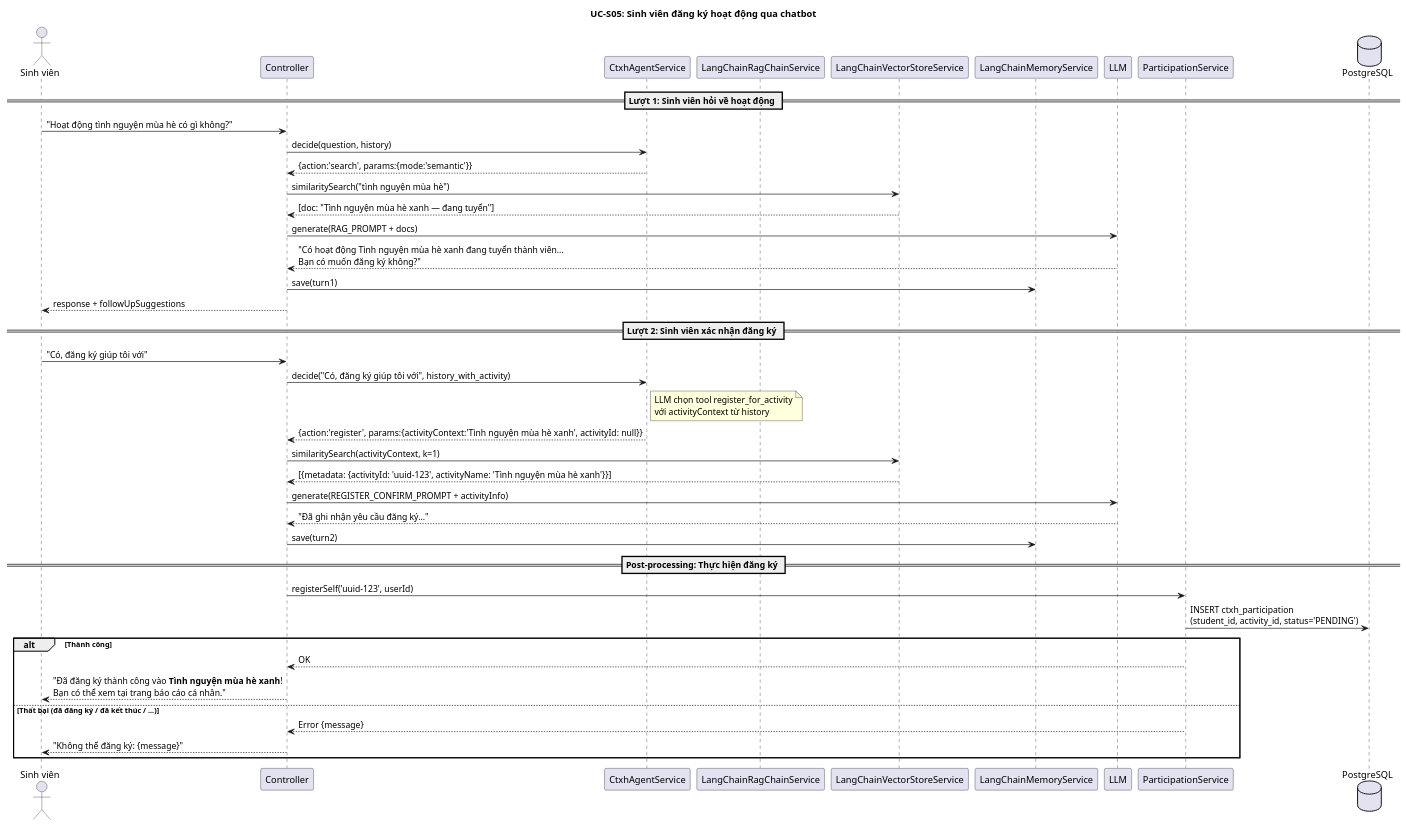
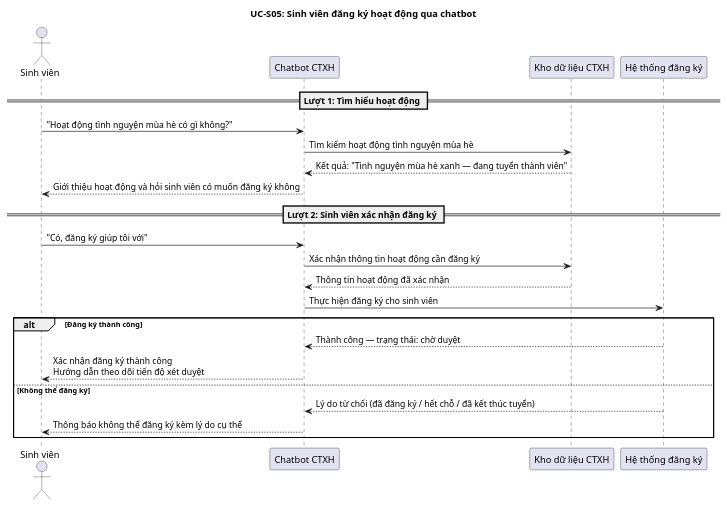
Before and after one commit to Suyq017/doanhoi-portal: the third of 10 diagrams in mechanism/Duy/chatbot/CHATBOT_FLOW_DOCUMENTATION.md, drawn with PlantUML. The commit also changed other lines of this file and 43 other files, not shown here.

````diff
--- a/mechanism/Duy/chatbot/CHATBOT_FLOW_DOCUMENTATION.md
+++ b/mechanism/Duy/chatbot/CHATBOT_FLOW_DOCUMENTATION.md
@@ -347,53 +241,31 @@
 ```plantuml
 @startuml Student_Register_Sequence
 title UC-S05: Sinh viên đăng ký hoạt động qua chatbot
 
 actor "Sinh viên" as S
-participant "Controller" as C
-participant "CtxhAgentService" as Agent
-participant "LangChainRagChainService" as RAG
-participant "LangChainVectorStoreService" as VS
-participant "LangChainMemoryService" as Mem
-participant "LLM" as LLM
-participant "ParticipationService" as PS
-database "PostgreSQL" as DB
+participant "Chatbot CTXH" as Bot
+participant "Kho dữ liệu CTXH" as Data
+participant "Hệ thống đăng ký" as Reg
 
-== Lượt 1: Sinh viên hỏi về hoạt động ==
-S -> C: "Hoạt động tình nguyện mùa hè có gì không?"
-C -> Agent: decide(question, history)
-Agent --> C: {action:'search', params:{mode:'semantic'}}
-C -> VS: similaritySearch("tình nguyện mùa hè")
-VS --> C: [doc: "Tình nguyện mùa hè xanh — đang tuyển"]
-C -> LLM: generate(RAG_PROMPT + docs)
-LLM --> C: "Có hoạt động Tình nguyện mùa hè xanh đang tuyển thành viên...\nBạn có muốn đăng ký không?"
-C -> Mem: save(turn1)
-C --> S: response + followUpSuggestions
+== Lượt 1: Tìm hiểu hoạt động ==
+S -> Bot: "Hoạt động tình nguyện mùa hè có gì không?"
+Bot -> Data: Tìm kiếm hoạt động tình nguyện mùa hè
+Data --> Bot: Kết quả: "Tình nguyện mùa hè xanh — đang tuyển thành viên"
+Bot --> S: Giới thiệu hoạt động và hỏi sinh viên có muốn đăng ký không
 
 == Lượt 2: Sinh viên xác nhận đăng ký ==
-S -> C: "Có, đăng ký giúp tôi với"
-C -> Agent: decide("Có, đăng ký giúp tôi với", history_with_activity)
-note right of Agent
-  LLM chọn tool register_for_activity
-  với activityContext từ history
-end note
-Agent --> C: {action:'register', params:{activityContext:'Tình nguyện mùa hè xanh', activityId: null}}
+S -> Bot: "Có, đăng ký giúp tôi với"
+Bot -> Data: Xác nhận thông tin hoạt động cần đăng ký
+Data --> Bot: Thông tin hoạt động đã xác nhận
+Bot -> Reg: Thực hiện đăng ký cho sinh viên
 
-C -> VS: similaritySearch(activityContext, k=1)
-VS --> C: [{metadata: {activityId: 'uuid-123', activityName: 'Tình nguyện mùa hè xanh'}}]
-C -> LLM: generate(REGISTER_CONFIRM_PROMPT + activityInfo)
-LLM --> C: "Đã ghi nhận yêu cầu đăng ký..."
-C -> Mem: save(turn2)
-
-== Post-processing: Thực hiện đăng ký ==
-C -> PS: registerSelf('uuid-123', userId)
-PS -> DB: INSERT ctxh_participation\n(student_id, activity_id, status='PENDING')
-alt Thành công
-  PS --> C: OK
-  C --> S: "Đã đăng ký thành công vào **Tình nguyện mùa hè xanh**!\nBạn có thể xem tại trang báo cáo cá nhân."
-else Thất bại (đã đăng ký / đã kết thúc / ...)
-  PS --> C: Error {message}
-  C --> S: "Không thể đăng ký: {message}"
+alt Đăng ký thành công
+  Reg --> Bot: Thành công — trạng thái: chờ duyệt
+  Bot --> S: Xác nhận đăng ký thành công\nHướng dẫn theo dõi tiến độ xét duyệt
+else Không thể đăng ký
+  Reg --> Bot: Lý do từ chối (đã đăng ký / hết chỗ / đã kết thúc tuyển)
+  Bot --> S: Thông báo không thể đăng ký kèm lý do cụ thể
 end
 
 @enduml
 ```
````
